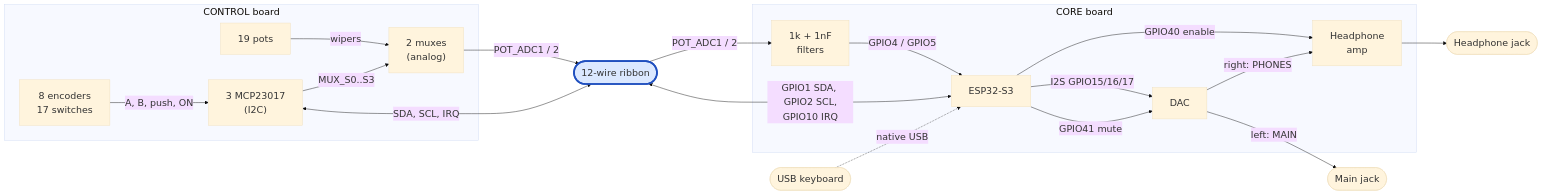
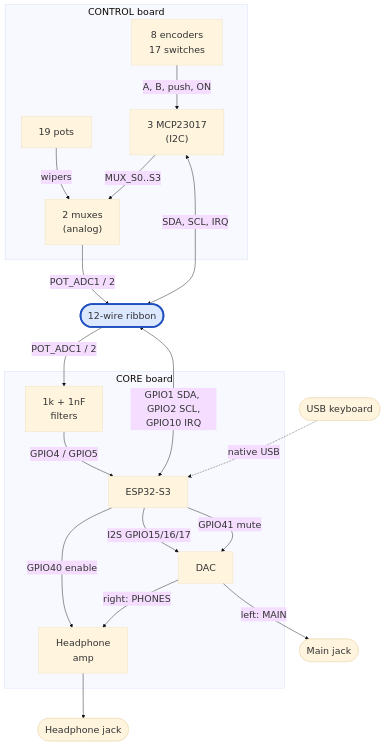
One commit to maakleerplek/MooMoog changed the second of 2 diagrams in docs/plan-r0.5.md. Above: the diagram before and after it, drawn with Mermaid.

Commit message:
Plan: lay the signal diagram out top-to-bottom for readability
Claude-Session: https://claude.ai/code/session_01GPF9TM1QodN6KMYhP8VWec

````diff
--- a/docs/plan-r0.5.md
+++ b/docs/plan-r0.5.md
@@ -59,38 +59,38 @@
 ```mermaid
 %%{init: {"theme": "base", "themeVariables": {"fontSize": "22px"}, "flowchart": {"nodeSpacing": 50, "rankSpacing": 70, "padding": 20}}}%%
-flowchart LR
+flowchart TB
   subgraph CTRL["CONTROL board"]
     POTS["19 pots"]
     MX["2 muxes<br/>(analog)"]
     SW["8 encoders<br/>17 switches"]
     IO["3 MCP23017<br/>(I2C)"]
   end
   RIB(["12-wire ribbon"]):::rib
   subgraph CORE["CORE board"]
     FILT["1k + 1nF<br/>filters"]
     ESP["ESP32-S3"]
     DAC["DAC"]
     AMP["Headphone<br/>amp"]
   end
   OUT1(["Main jack"])
   OUT2(["Headphone jack"])
   KB(["USB keyboard"])
 
   POTS -- "wipers" --> MX
   IO -- "MUX_S0..S3" --> MX
   SW -- "A, B, push, ON" --> IO
   MX -- "POT_ADC1 / 2" --> RIB
   IO <-- "SDA, SCL, IRQ" --> RIB
   RIB -- "POT_ADC1 / 2" --> FILT
   FILT -- "GPIO4 / GPIO5" --> ESP
   RIB <-- "GPIO1 SDA, GPIO2 SCL,<br/>GPIO10 IRQ" --> ESP
   KB -. "native USB" .-> ESP
   ESP -- "I2S GPIO15/16/17" --> DAC
   ESP -- "GPIO41 mute" --> DAC
   ESP -- "GPIO40 enable" --> AMP
   DAC -- "left: MAIN" --> OUT1
   DAC -- "right: PHONES" --> AMP
   AMP --> OUT2
 
   classDef rib fill:#dbe8ff,stroke:#1f4fbf,stroke-width:4px
 ```
````
